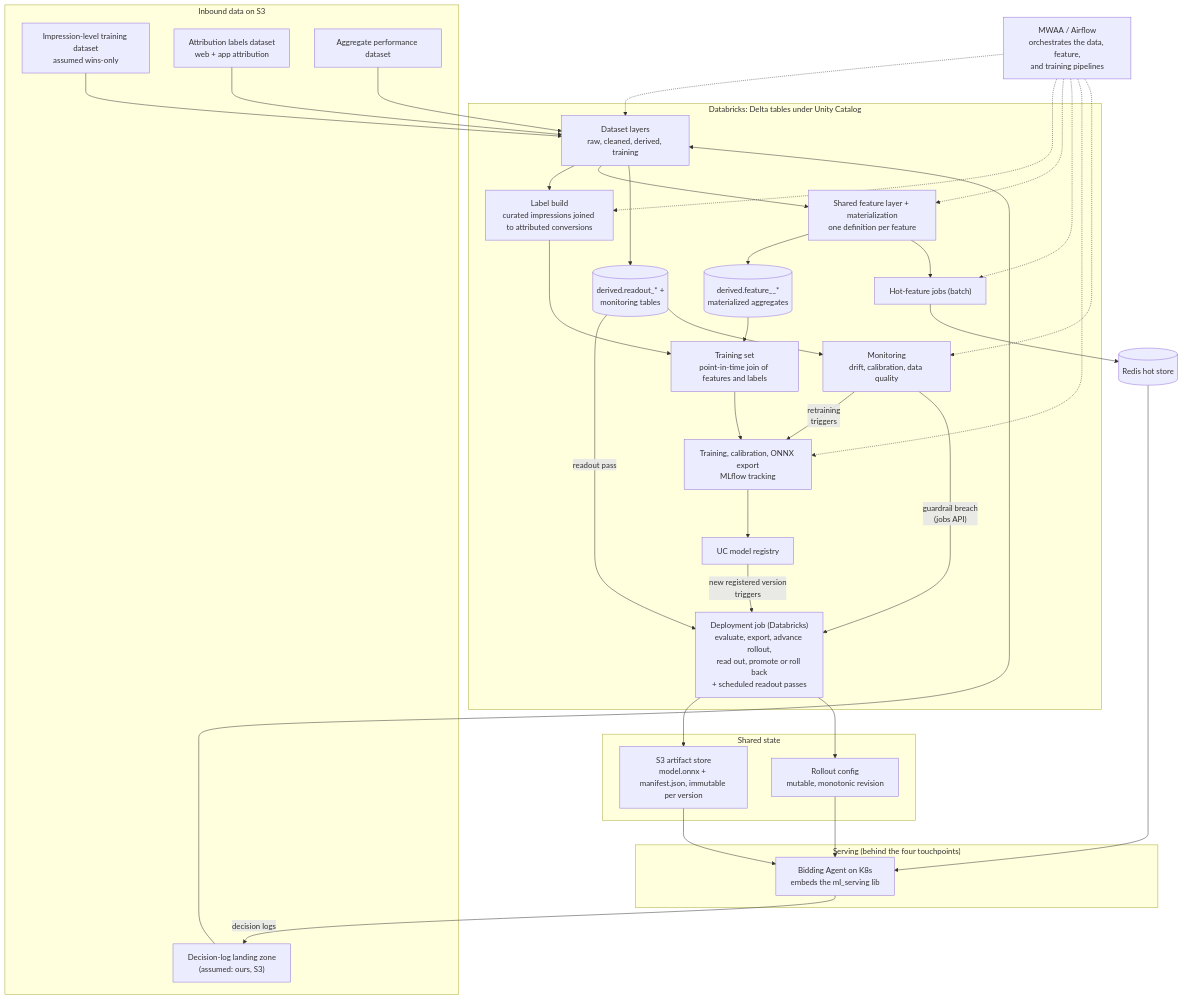
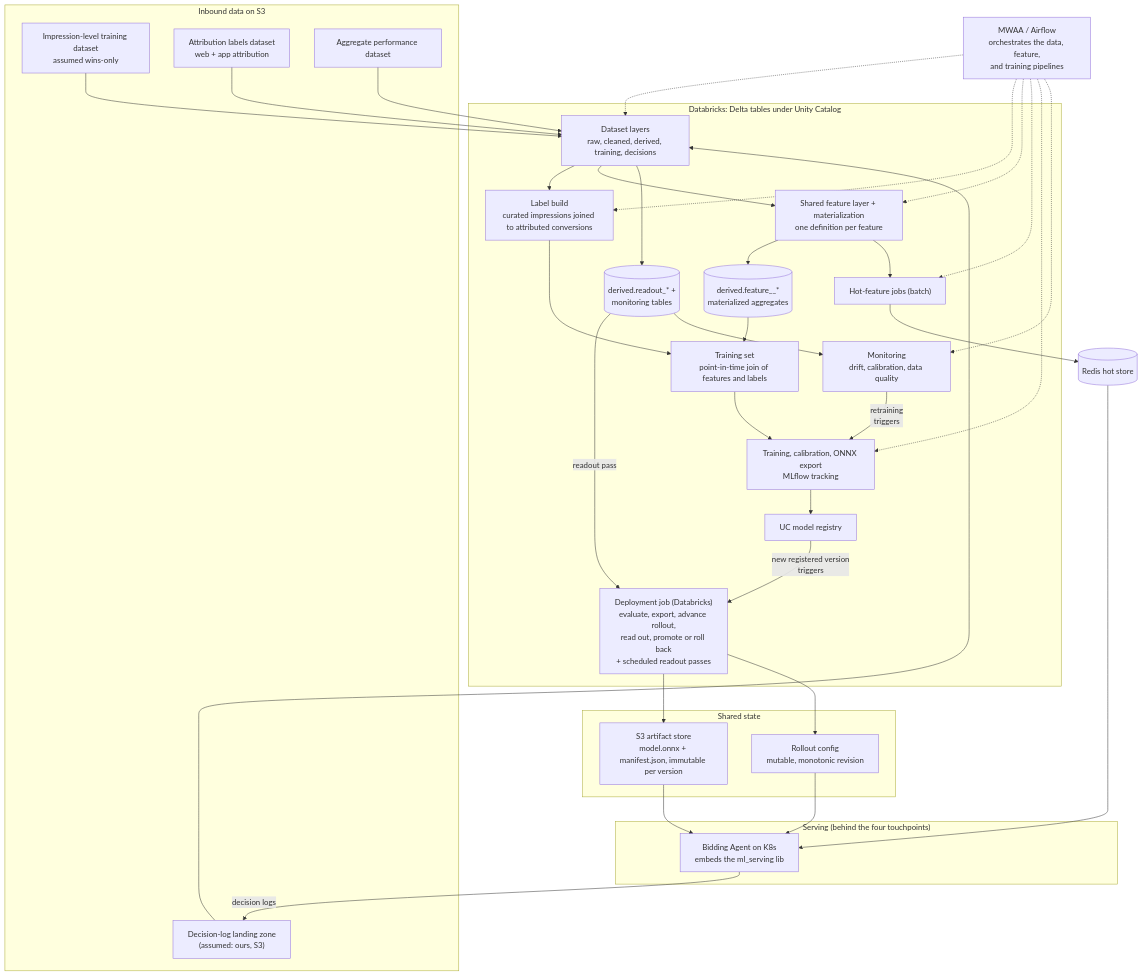
One commit to cunha-sigma/ml_offline changed the diagram in design_docs/00_overview.md. Above: the diagram before and after it, drawn with Mermaid. The commit also changed other lines of this file and 19 other files, not shown here.

````diff
--- a/design_docs/00_overview.md
+++ b/design_docs/00_overview.md
@@ -33,68 +36,67 @@
 ```mermaid
 flowchart TB
   subgraph inputs["Inbound data on S3"]
     IMPR["Impression-level training dataset<br/>assumed wins-only"]
     ATTR["Attribution labels dataset<br/>web + app attribution"]
     PERF["Aggregate performance dataset"]
     DLOG["Decision-log landing zone<br/>(assumed: ours, S3)"]
   end
 
   subgraph dbx["Databricks: Delta tables under Unity Catalog"]
-    RAW["Dataset layers<br/>raw, cleaned, derived, training"]
+    RAW["Dataset layers<br/>raw, cleaned, derived, training, decisions"]
     LABEL["Label build<br/>curated impressions joined to attributed conversions"]
     FEAT["Shared feature layer + materialization<br/>one definition per feature"]
     TS["Training set<br/>point-in-time join of features and labels"]
     TRAIN["Training, calibration, ONNX export<br/>MLflow tracking"]
     REG["UC model registry"]
     DEPLOYJOB["Deployment job (Databricks)<br/>evaluate, export, advance rollout,<br/>read out, promote or roll back<br/>+ scheduled readout passes"]
     HOTDAG["Hot-feature jobs (batch)"]
     FTAB[("derived.feature_<model>_*<br/>materialized aggregates")]
     ROUT[("derived.readout_* +<br/>monitoring tables")]
     MON["Monitoring<br/>drift, calibration, data quality"]
   end
 
   MWAA["MWAA / Airflow<br/>orchestrates the data, feature,<br/>and training pipelines"]
   REDIS[("Redis hot store")]
 
   subgraph shared["Shared state"]
     ART["S3 artifact store<br/>model.onnx + manifest.json, immutable per version"]
     CFG["Rollout config<br/>mutable, monotonic revision"]
   end
 
   subgraph serving["Serving (behind the four touchpoints)"]
     AGENT["Bidding Agent on K8s<br/>embeds the ml_serving lib"]
   end
 
   IMPR --> RAW
   ATTR --> RAW
   PERF --> RAW
   DLOG --> RAW
   RAW --> LABEL
   RAW --> FEAT
   LABEL --> TS
   FEAT --> FTAB
   FTAB --> TS
   TS --> TRAIN
   FEAT --> HOTDAG
   HOTDAG --> REDIS
   TRAIN --> REG
   REG -- "new registered version<br/>triggers" --> DEPLOYJOB
   RAW --> ROUT
   ROUT -- "readout pass" --> DEPLOYJOB
   ROUT --> MON
   MON -- "retraining<br/>triggers" --> TRAIN
-  MON -- "guardrail breach<br/>(jobs API)" --> DEPLOYJOB
   DEPLOYJOB --> ART
   DEPLOYJOB --> CFG
   ART --> AGENT
   CFG --> AGENT
   REDIS --> AGENT
   AGENT -- "decision logs" --> DLOG
 
   MWAA -.-> RAW
   MWAA -.-> LABEL
   MWAA -.-> FEAT
   MWAA -.-> HOTDAG
   MWAA -.-> TRAIN
   MWAA -.-> MON
 ```
````
